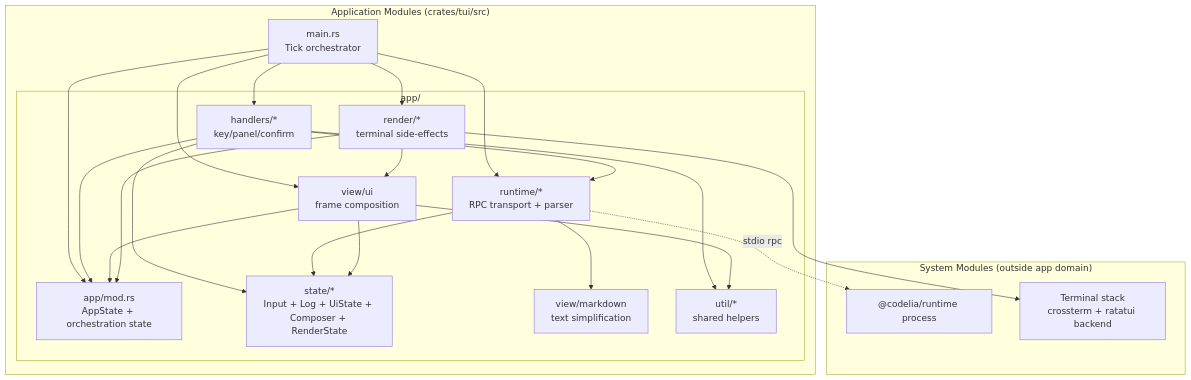
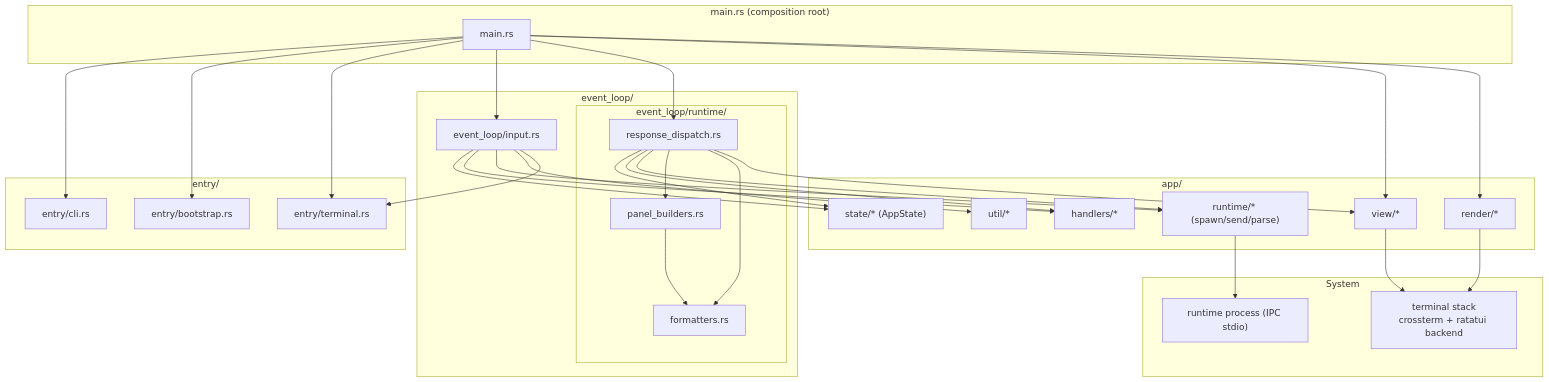
One commit to kousw/codelia changed the first of 3 diagrams in docs/specs/tui-architecture.md. Above: the diagram before and after it, drawn with Mermaid. The commit also changed other lines of this file and 7 other files, not shown here.

Commit message:
chore(tui): align layered-architecture docs and module metadata

````diff
--- a/docs/specs/tui-architecture.md
+++ b/docs/specs/tui-architecture.md
@@ -42,45 +39,62 @@
 ```mermaid
 flowchart TD
-  subgraph sys["System Modules (outside app domain)"]
-    rt["@codelia/runtime process"]
-    term["Terminal stack\ncrossterm + ratatui backend"]
+  subgraph main_layer["main.rs (composition root)"]
+    main["main.rs"]
   end
 
-  subgraph app["Application Modules (crates/tui/src)"]
-    main["main.rs\nTick orchestrator"]
+  subgraph entry_layer["entry/"]
+    cli["entry/cli.rs"]
+    bootstrap["entry/bootstrap.rs"]
+    terminal["entry/terminal.rs"]
+  end
 
-    subgraph approot["app/"]
-      app_state["app/mod.rs\nAppState + orchestration state"]
-      state["state/*\nInput + Log + UiState + Composer + RenderState"]
-      handlers["handlers/*\nkey/panel/confirm"]
-      runtime["runtime/*\nRPC transport + parser"]
-      view_ui["view/ui\nframe composition"]
-      view_md["view/markdown\ntext simplification"]
-      render_core["render/*\nterminal side-effects"]
-      util["util/*\nshared helpers"]
+  subgraph loop_layer["event_loop/"]
+    input["event_loop/input.rs"]
+    subgraph runtime_sub["event_loop/runtime/"]
+      dispatch["response_dispatch.rs"]
+      panels["panel_builders.rs"]
+      formatters["formatters.rs"]
     end
   end
 
-  main --> app_state
-  main --> handlers
-  main --> runtime
-  main --> view_ui
-  main --> render_core
+  subgraph app_layer["app/"]
+    state["state/* (AppState)"]
+    handlers["handlers/*"]
+    runtime_adapter["runtime/* (spawn/send/parse)"]
+    view["view/*"]
+    render["render/*"]
+    util["util/*"]
+  end
 
-  handlers --> app_state
-  handlers --> state
-  handlers --> runtime
-  handlers --> util
+  subgraph system_layer["System"]
+    runtime_proc["runtime process (IPC stdio)"]
+    term_stack["terminal stack\ncrossterm + ratatui backend"]
+  end
 
-  runtime --> state
-  runtime --> view_md
-  runtime -.stdio rpc.-> rt
+  main --> cli
+  main --> bootstrap
+  main --> terminal
+  main --> input
+  main --> dispatch
+  main --> view
+  main --> render
 
-  view_ui --> app_state
-  view_ui --> state
-  view_ui --> util
+  input --> state
+  input --> handlers
+  input --> runtime_adapter
+  input --> util
+  input --> terminal
 
-  render_core --> app_state
-  render_core --> view_ui
-  render_core --> term
+  dispatch --> state
+  dispatch --> handlers
+  dispatch --> runtime_adapter
+  dispatch --> panels
+  dispatch --> formatters
+  dispatch --> view
+
+  panels --> formatters
+
+  runtime_adapter --> runtime_proc
+  render --> term_stack
+  view --> term_stack
 ```
````
